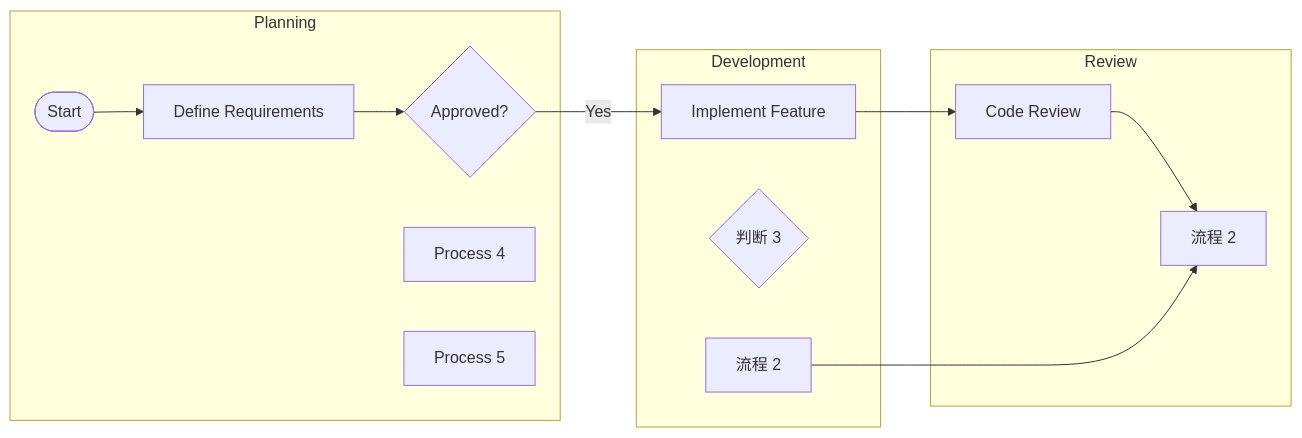
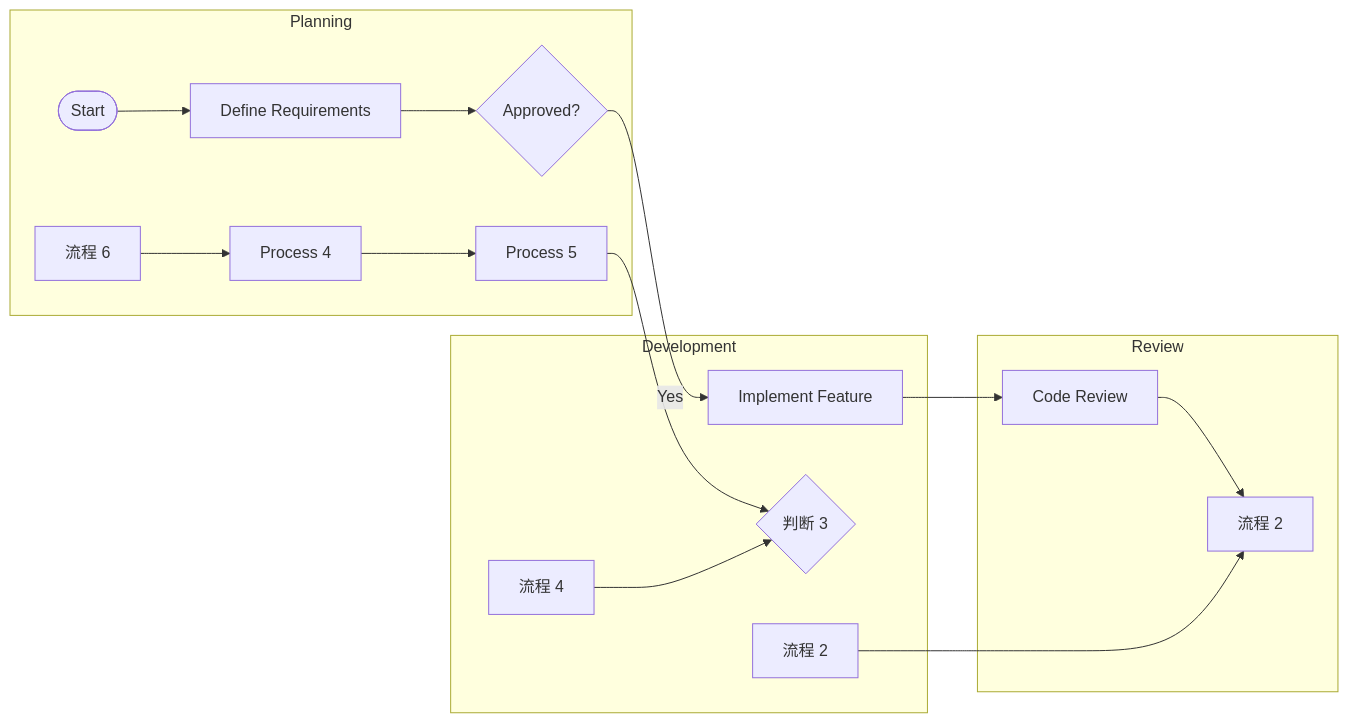
The diagram in mmd/12323_41681640-9752-48cb-9907-d6624d5d20d0.mmd (pingpm/mermaid_vault), drawn with Mermaid before and after one commit. The commit also changed 3 other files, not shown here.

Commit message:
Sync Mermaid Studio data (15 diagrams)

```diff
--- a/mmd/12323_41681640-9752-48cb-9907-d6624d5d20d0.mmd
+++ b/mmd/12323_41681640-9752-48cb-9907-d6624d5d20d0.mmd
@@ -1,23 +1,29 @@
 flowchart LR
   subgraph lane_0["Planning"]
     t_0{"Approved?"}
     t_1(["Start"])
     t_2["Define Requirements"]
-    t_3["Process 4"]
-    t_4["Process 5"]
+    t_3["流程 6"]
+    t_4["Process 4"]
+    t_5["Process 5"]
   end
   subgraph lane_1["Development"]
-    t_5["Implement Feature"]
-    t_6{"判断 3"}
-    t_7["流程 2"]
+    t_6["流程 4"]
+    t_7["Implement Feature"]
+    t_8{"判断 3"}
+    t_9["流程 2"]
   end
   subgraph lane_2["Review"]
-    t_8["Code Review"]
-    t_9["流程 2"]
+    t_10["Code Review"]
+    t_11["流程 2"]
   end
   t_1 --> t_2
   t_2 --> t_0
-  t_0 -->|"Yes"| t_5
+  t_0 -->|"Yes"| t_7
+  t_7 --> t_10
+  t_10 --> t_11
+  t_9 --> t_11
+  t_3 --> t_4
+  t_4 --> t_5
   t_5 --> t_8
-  t_8 --> t_9
-  t_7 --> t_9
+  t_6 --> t_8
```
